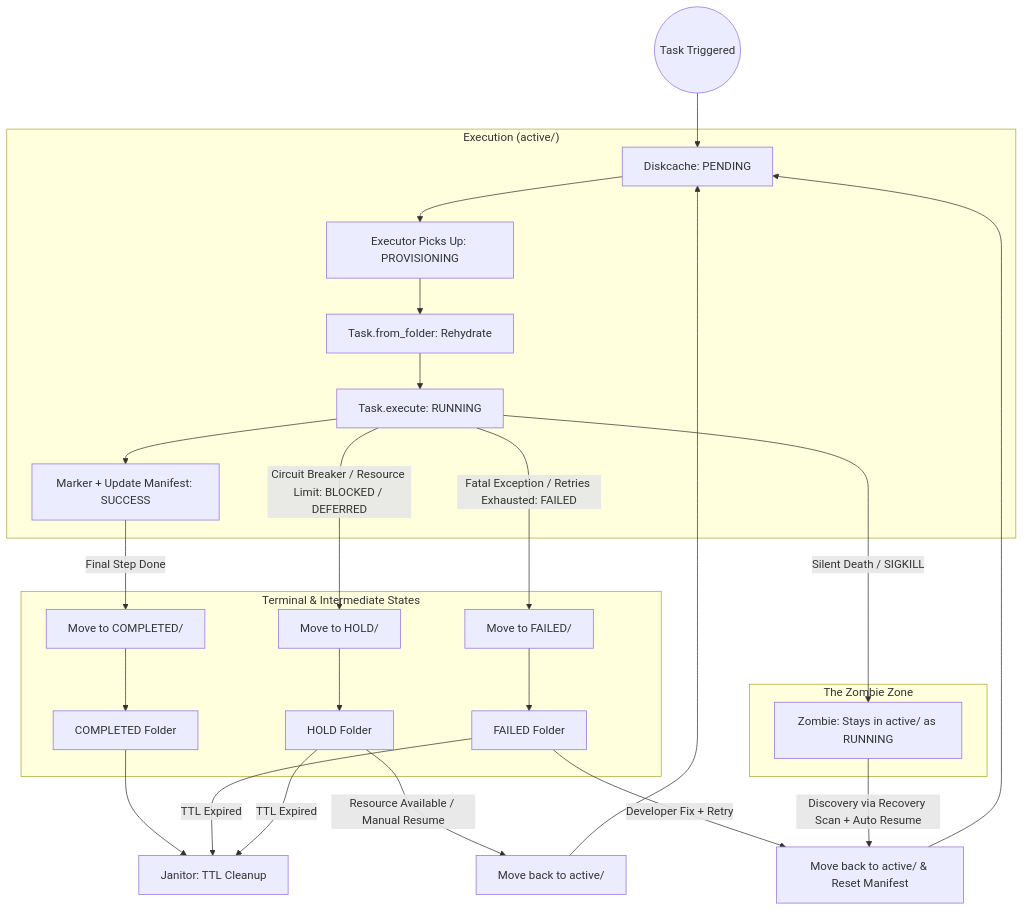
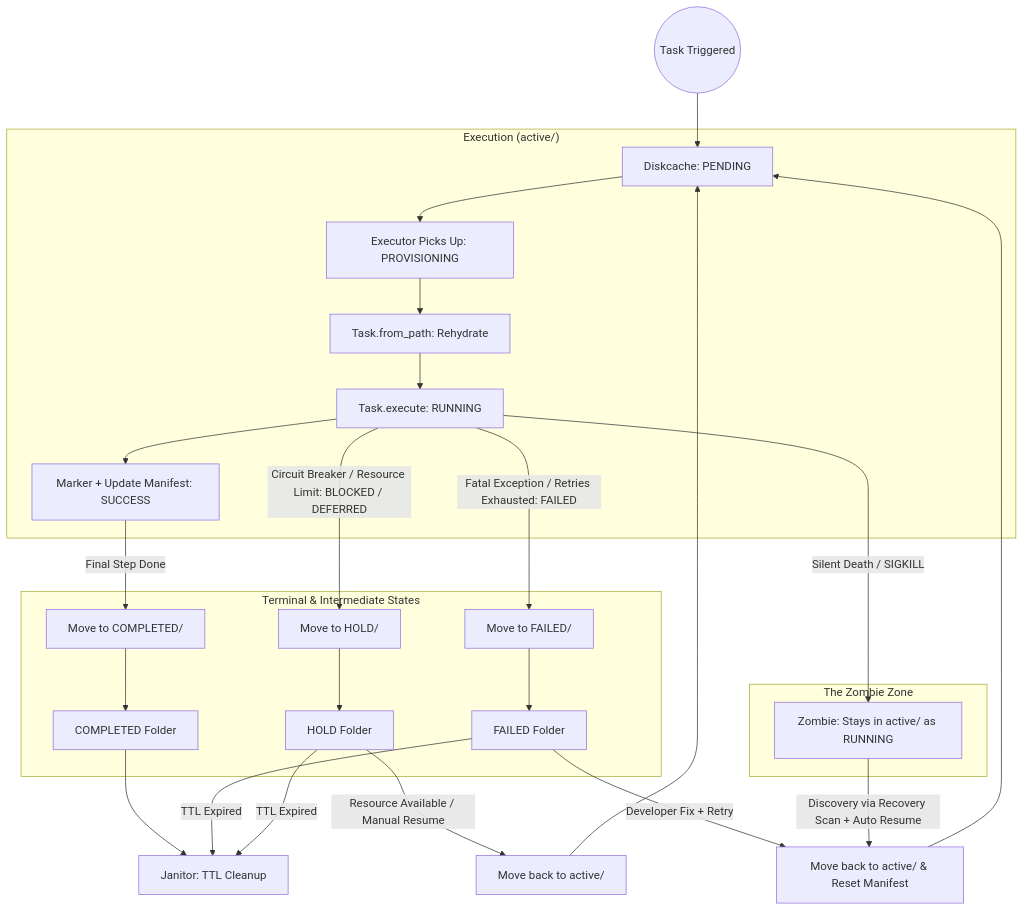
Before and after one commit to RaymondOnn/data-ops-toolkit: the second of 2 diagrams in apps/ingestion/src/core/models/stages/job_lifecycle_folder_structure.md, drawn with Mermaid. The commit also changed 198 other files, not shown here.

````diff
--- a/apps/ingestion/src/core/models/stages/job_lifecycle_folder_structure.md
+++ b/apps/ingestion/src/core/models/stages/job_lifecycle_folder_structure.md
@@ -138,42 +138,42 @@
 ```mermaid
 graph TD
     Trigger((Task Triggered)) --> Queue[Diskcache: PENDING]
 
     subgraph "Execution (active/)"
         Queue --> Executor[Executor Picks Up: PROVISIONING]
-        Executor --> Init[Task.from_folder: Rehydrate]
+        Executor --> Init[Task.from_path: Rehydrate]
         Init --> Process[Task.execute: RUNNING]
         Process --> Mark[Marker + Update Manifest: SUCCESS]
     end
 
     %% State Transitions
     Process -- "Circuit Breaker / Resource Limit: BLOCKED / DEFERRED" --> HOLD_PROC[Move to HOLD/]
     Process -- "Fatal Exception / Retries Exhausted: FAILED" --> FAIL_PROC[Move to FAILED/]
     Mark -- "Final Step Done" --> COMP_PROC[Move to COMPLETED/]
 
     subgraph "Terminal & Intermediate States"
         HOLD_PROC --> H[HOLD Folder]
         FAIL_PROC --> F[FAILED Folder]
         COMP_PROC --> C[COMPLETED Folder]
     end
 
     subgraph "The Zombie Zone"
         Process -- "Silent Death / SIGKILL" --> Zombie[Zombie: Stays in active/ as RUNNING]
     end
 
 
     %% Recovery / Manual Intervention
     H -- "Resource Available / Manual Resume" --> Resume[Move back to active/]
     Resume --> Queue
 
     F -- "Developer Fix + Retry" --> Retry[Move back to active/ & Reset Manifest]
     Retry --> Queue
 
     Zombie -- "Discovery via Recovery Scan + Auto Resume" --> Retry[Move back to active/ & Reset Manifest]
 
 
     %% Cleanup
     C --> Janitor[Janitor: TTL Cleanup]
     F -- "TTL Expired" --> Janitor
     H -- "TTL Expired" --> Janitor
 ```
````
